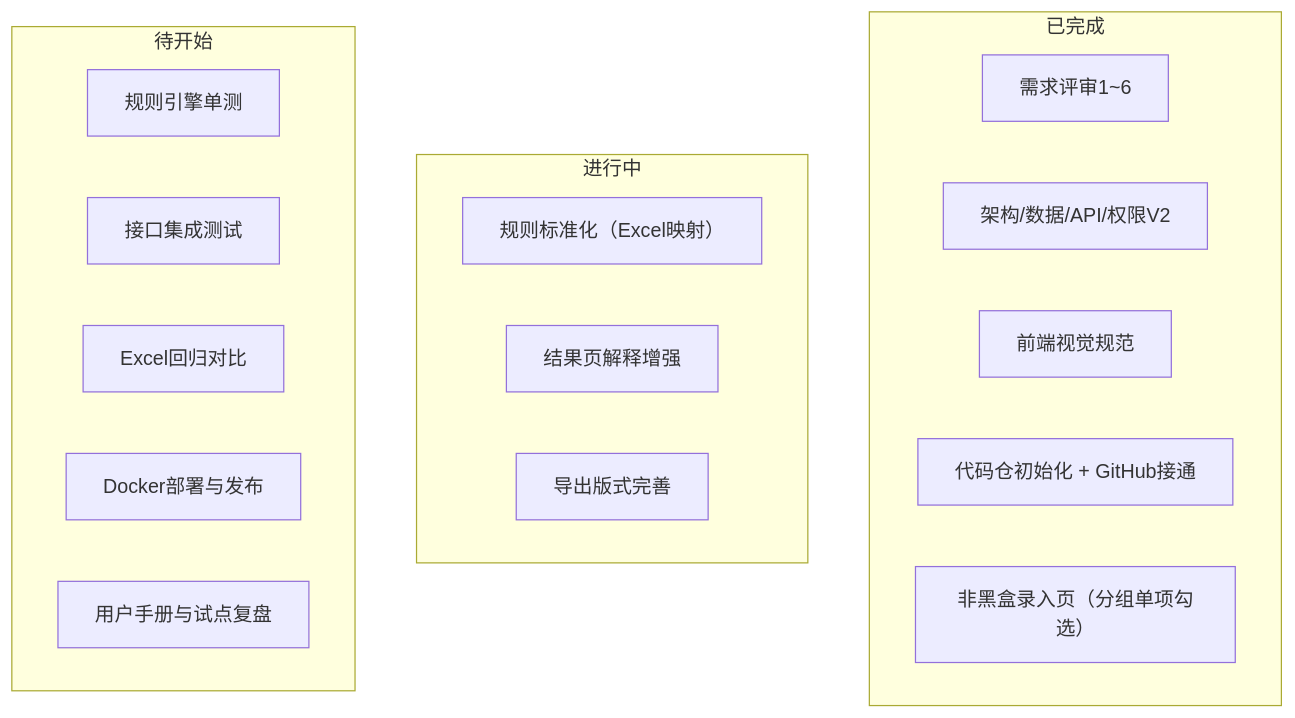
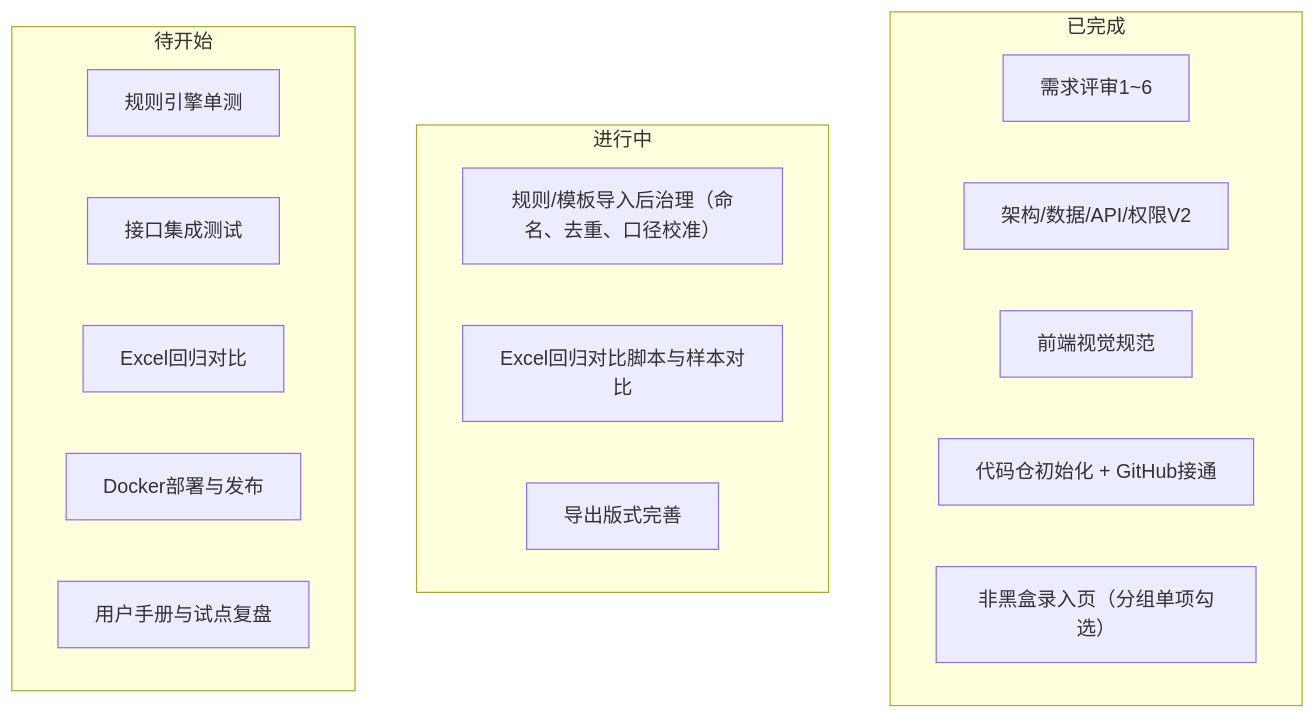
Before and after one commit to mjlkevin/Workload-evaluation-system: the fourth of 4 diagrams in 00_项目治理/里程碑与计划/项目开发TODO.md, drawn with Mermaid. The commit also changed other lines of this file and 19 other files, not shown here.

First line of the commit message:
feat: complete API-driven assessment flow and quality toolkit

````diff
--- a/00_项目治理/里程碑与计划/项目开发TODO.md
+++ b/00_项目治理/里程碑与计划/项目开发TODO.md
@@ -146,24 +149,24 @@
 ```mermaid
 flowchart TB
     subgraph Done[已完成]
       D1[需求评审1~6]
       D2[架构/数据/API/权限V2]
       D3[前端视觉规范]
       D4[代码仓初始化 + GitHub接通]
       D5[非黑盒录入页（分组单项勾选）]
     end
 
     subgraph Doing[进行中]
-      G1[规则标准化（Excel映射）]
-      G2[结果页解释增强]
+      G1[规则/模板导入后治理（命名、去重、口径校准）]
+      G2[Excel回归对比脚本与样本对比]
       G3[导出版式完善]
     end
 
     subgraph Todo[待开始]
       T1[规则引擎单测]
       T2[接口集成测试]
       T3[Excel回归对比]
       T4[Docker部署与发布]
       T5[用户手册与试点复盘]
     end
 ```
````
